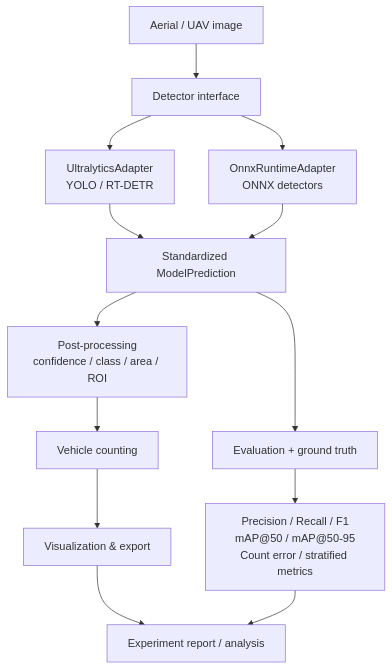
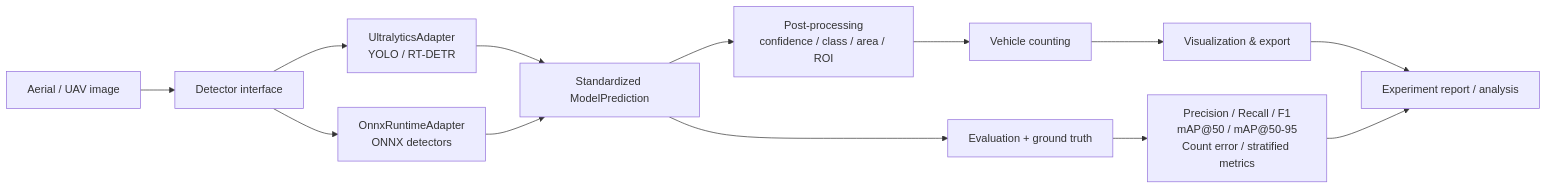
One commit to Pratyush061/AeroNetra-computervision changed the first of 2 diagrams in README.md. Above: the diagram before and after it, drawn with Mermaid.

Commit message:
docs: make architecture diagram horizontal

````diff
--- a/README.md
+++ b/README.md
@@ -63,15 +63,15 @@
 ```mermaid
-flowchart TD
+flowchart LR
     A[Aerial / UAV image] --> B[Detector interface]
     B --> U["UltralyticsAdapter<br/>YOLO / RT-DETR"]
     B --> O["OnnxRuntimeAdapter<br/>ONNX detectors"]
     U --> C[Standardized ModelPrediction]
     O --> C
     C --> P["Post-processing<br/>confidence / class / area / ROI"]
     C --> G["Evaluation + ground truth"]
     P --> V[Vehicle counting]
     V --> W[Visualization & export]
     G --> M["Precision / Recall / F1<br/>mAP@50 / mAP@50-95<br/>Count error / stratified metrics"]
     W --> R[Experiment report / analysis]
     M --> R
 ```
````
